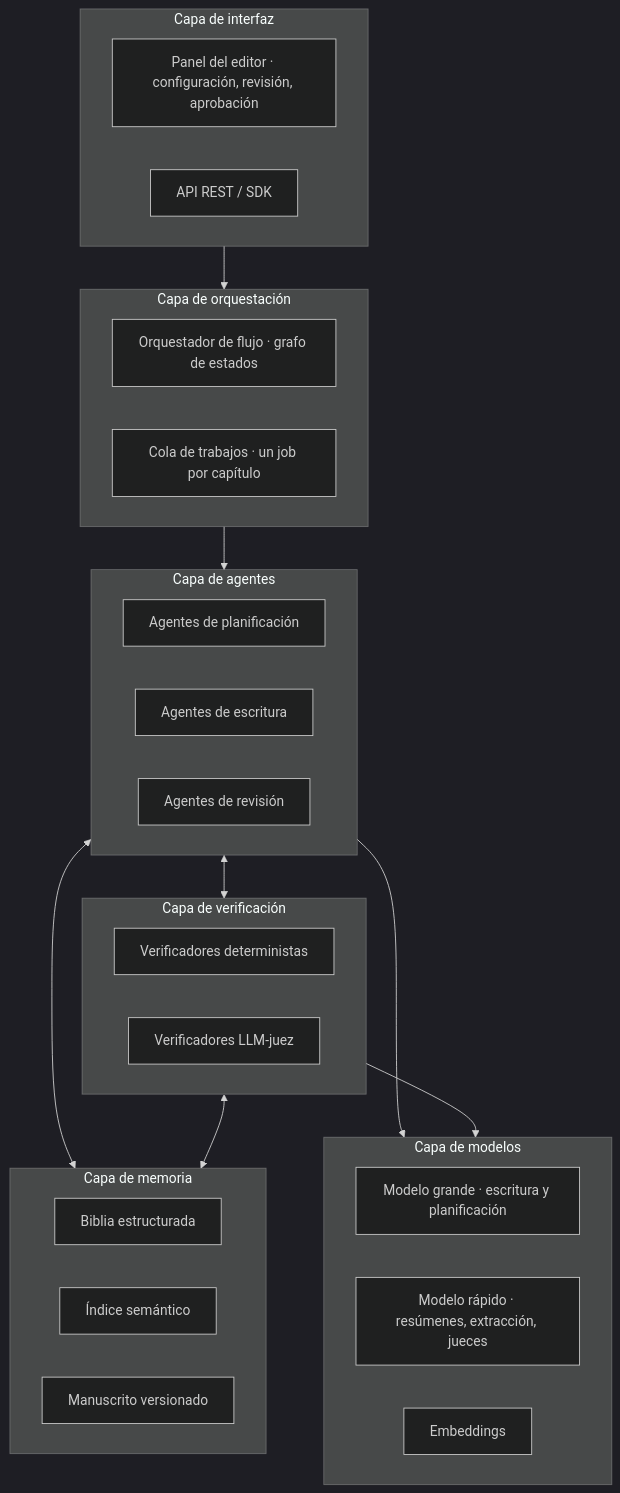
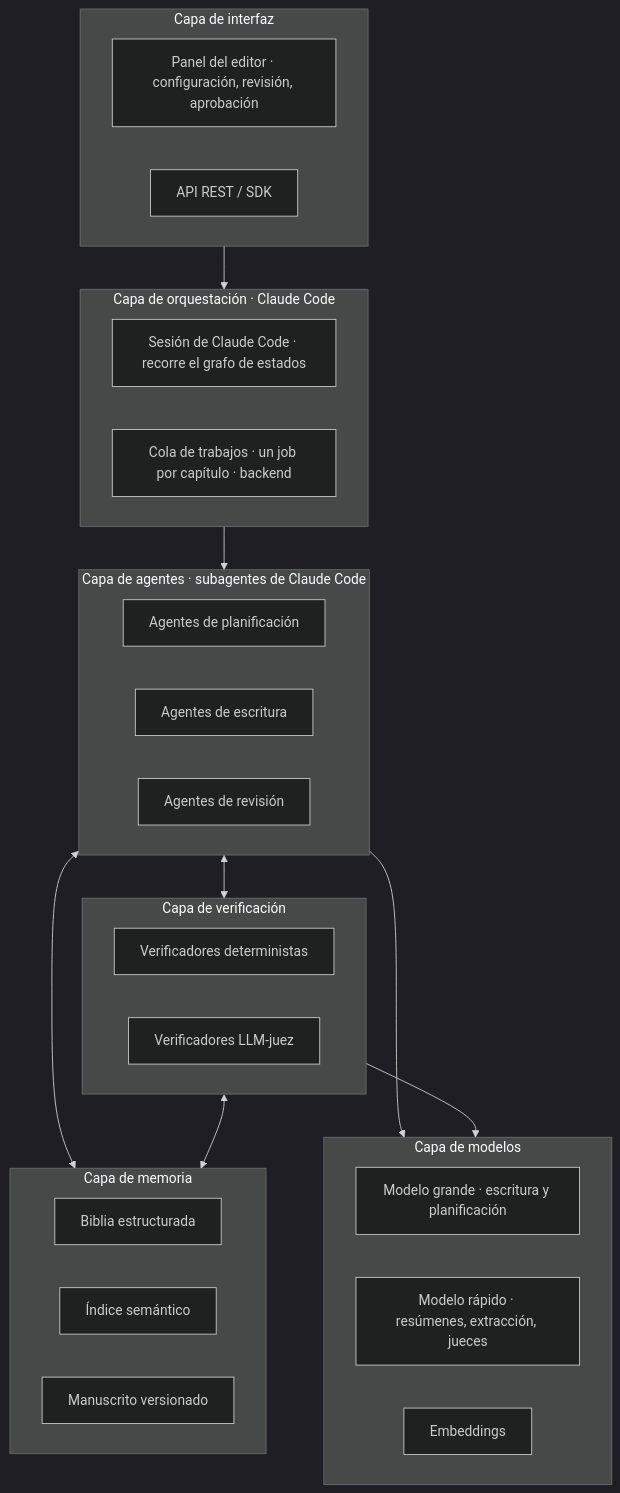
The first of 8 diagrams in docs/architecture.md (Asieribarz/my-story-marker), drawn with Mermaid (dark theme) before and after one commit. The commit also changed other lines of this file and 10 other files, not shown here.

````diff
--- a/docs/architecture.md
+++ b/docs/architecture.md
@@ -9,36 +9,36 @@
 ```mermaid
 flowchart TB
   subgraph UI["Capa de interfaz"]
     U1["Panel del editor · configuración, revisión, aprobación"]
     U2["API REST / SDK"]
   end
-  subgraph ORQ["Capa de orquestación"]
-    O1["Orquestador de flujo · grafo de estados"]
-    O2["Cola de trabajos · un job por capítulo"]
+  subgraph ORQ["Capa de orquestación · Claude Code"]
+    O1["Sesión de Claude Code · recorre el grafo de estados"]
+    O2["Cola de trabajos · un job por capítulo · backend"]
   end
-  subgraph AG["Capa de agentes"]
+  subgraph AG["Capa de agentes · subagentes de Claude Code"]
     A1["Agentes de planificación"]
     A2["Agentes de escritura"]
     A3["Agentes de revisión"]
   end
   subgraph VER["Capa de verificación"]
     V1["Verificadores deterministas"]
     V2["Verificadores LLM-juez"]
   end
   subgraph MEM["Capa de memoria"]
     M1["Biblia estructurada"]
     M2["Índice semántico"]
     M3["Manuscrito versionado"]
   end
   subgraph LLM["Capa de modelos"]
     L1["Modelo grande · escritura y planificación"]
     L2["Modelo rápido · resúmenes, extracción, jueces"]
     L3["Embeddings"]
   end
   UI --> ORQ --> AG
   AG <--> VER
   AG <--> MEM
   VER <--> MEM
   AG --> LLM
   VER --> LLM
 ```
````
